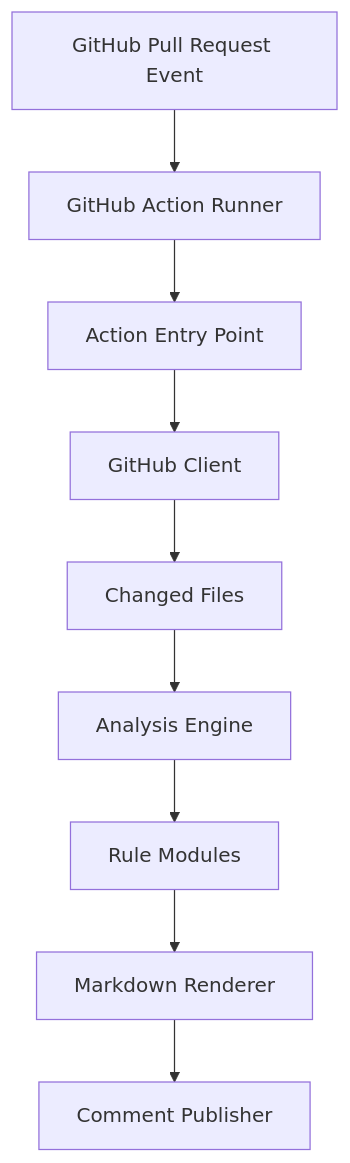
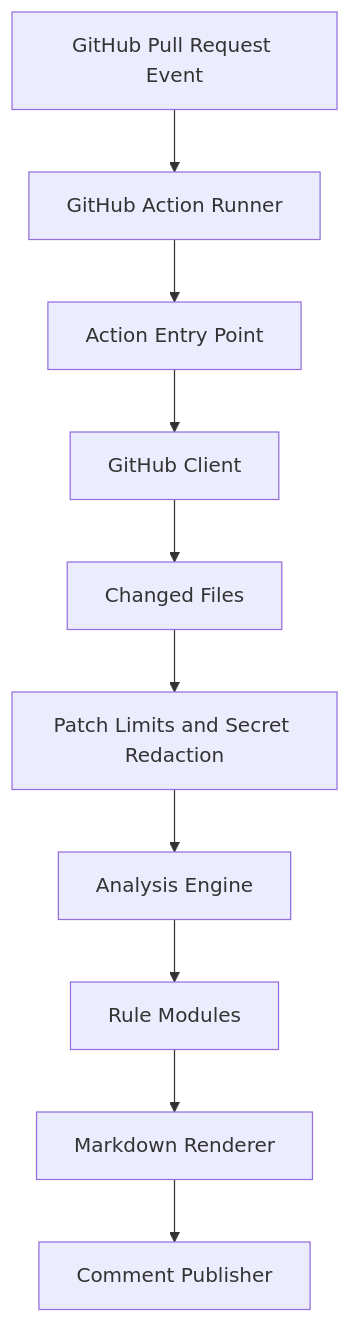
One commit to gabrielolvv/prism-review changed the diagram in README.md. Above: the diagram before and after it, drawn with Mermaid. The commit also changed other lines of this file and 1 other file, not shown here.

Commit message:
docs: refresh README and roadmap for shipped work

````diff
--- a/README.md
+++ b/README.md
@@ -90,11 +102,12 @@
 ```mermaid
 flowchart TD
     A["GitHub Pull Request Event"] --> B["GitHub Action Runner"]
     B --> C["Action Entry Point"]
     C --> D["GitHub Client"]
     D --> E["Changed Files"]
-    E --> F["Analysis Engine"]
+    E --> P["Patch Limits and Secret Redaction"]
+    P --> F["Analysis Engine"]
     F --> G["Rule Modules"]
     G --> H["Markdown Renderer"]
     H --> I["Comment Publisher"]
 ```
````
